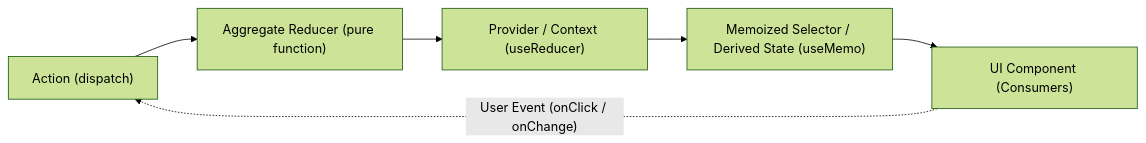
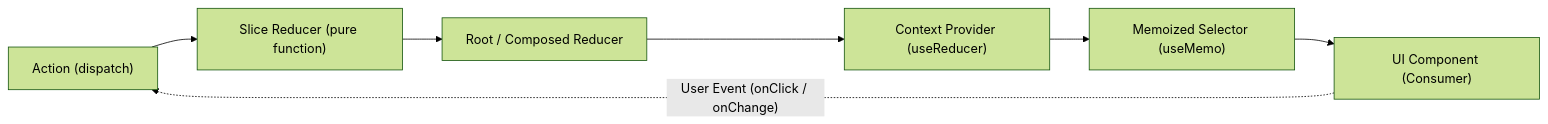
One commit to Rodojodo/vikingwinch changed the diagram in docs/frontend-state-flow.md. Above: the diagram before and after it, drawn with Mermaid (forest theme). The commit also changed other lines of this file and 3 other files, not shown here.

Commit message:
docs: finalize feature diagrams, state flow, and optimistic flow

````diff
--- a/docs/frontend-state-flow.md
+++ b/docs/frontend-state-flow.md
@@ -10,8 +12,9 @@
 ```mermaid
 flowchart LR
-    Action["Action (dispatch)"] --> Reducer["Aggregate Reducer (pure function)"]
-    Reducer --> Context["Provider / Context (useReducer)"]
-    Context --> Selector["Memoized Selector / Derived State (useMemo)"]
-    Selector --> Component["UI Component (Consumers)"]
+   Action["Action (dispatch)"] --> SliceReducer["Slice Reducer (pure function)"]
+   SliceReducer --> RootReducer["Root / Composed Reducer"]
+   RootReducer --> Context["Context Provider (useReducer)"]
+   Context --> Selector["Memoized Selector (useMemo)"]
+   Selector --> Component["UI Component (Consumer)"]
     Component -.->|"User Event (onClick / onChange)"| Action
 ```
````
